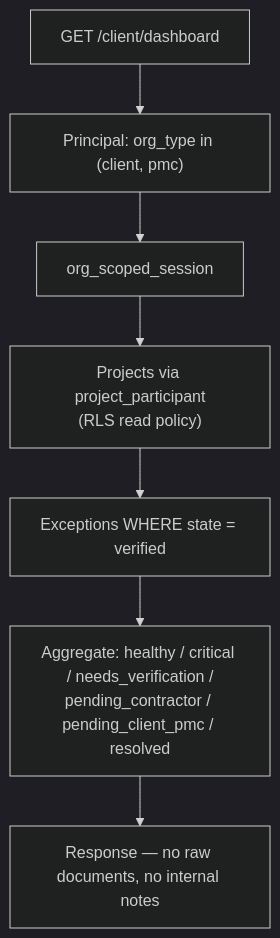
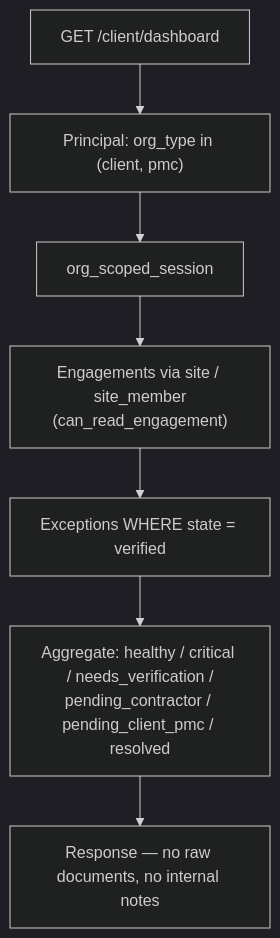
Before and after one commit to Adya6714/EquiContracts: the fifth of 5 diagrams in FLOW.md, drawn with Mermaid (dark theme). The commit also changed other lines of this file and 27 other files, not shown here.

Commit message:
Site and engagement model, lock quarantine, agent foundation schema

````diff
--- a/FLOW.md
+++ b/FLOW.md
@@ -136,9 +136,9 @@
 ```mermaid
 flowchart TD
     A["GET /client/dashboard"] --> B["Principal: org_type in (client, pmc)"]
     B --> C["org_scoped_session"]
-    C --> D["Projects via project_participant<br/>(RLS read policy)"]
+    C --> D["Engagements via site / site_member<br/>(can_read_engagement)"]
     D --> E["Exceptions WHERE state = verified"]
     E --> F["Aggregate: healthy / critical / needs_verification /<br/>pending_contractor / pending_client_pmc / resolved"]
     F --> G["Response — no raw documents, no internal notes"]
 ```
````
